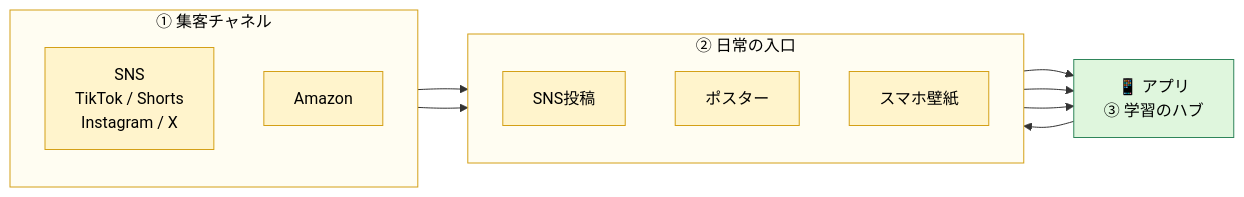
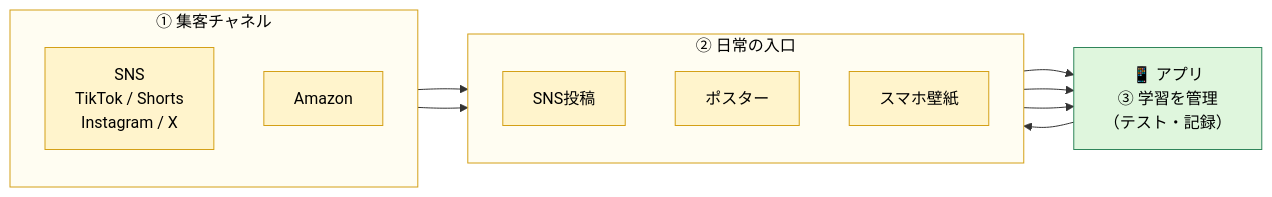
One commit to muratanaoki/share-doc changed the third of 4 diagrams in 概要.md. Above: the diagram before and after it, drawn with Mermaid. The commit also changed other lines of this file, not shown here.

````diff
--- a/概要.md
+++ b/概要.md
@@ -90,33 +81,33 @@
 ```mermaid
 flowchart LR
     subgraph 集客["① 集客チャネル"]
         direction TB
         SNS["SNS<br>TikTok / Shorts<br>Instagram / X"]
         EC["Amazon"]
     end
 
     subgraph 入口["② 日常の入口"]
         direction TB
         Post["SNS投稿"]
         Poster["ポスター"]
         Wall["スマホ壁紙"]
     end
 
-    App["📱 アプリ<br>③ 学習のハブ"]
+    App["📱 アプリ<br>③ 学習を管理<br>（テスト・記録）"]
 
     SNS --> Post
     EC --> Poster
     Post --> App
     Poster --> App
     App --> Wall
     Wall --> App
 
     style 集客 fill:#fffdf2,stroke:#d4a017,color:#000
     style 入口 fill:#fffdf2,stroke:#d4a017,color:#000
     style SNS fill:#fff4cc,stroke:#d4a017,color:#000
     style EC fill:#fff4cc,stroke:#d4a017,color:#000
     style Post fill:#fff4cc,stroke:#d4a017,color:#000
     style Poster fill:#fff4cc,stroke:#d4a017,color:#000
     style Wall fill:#fff4cc,stroke:#d4a017,color:#000
     style App fill:#dff6dd,stroke:#2f855a,color:#000
 ```
````
